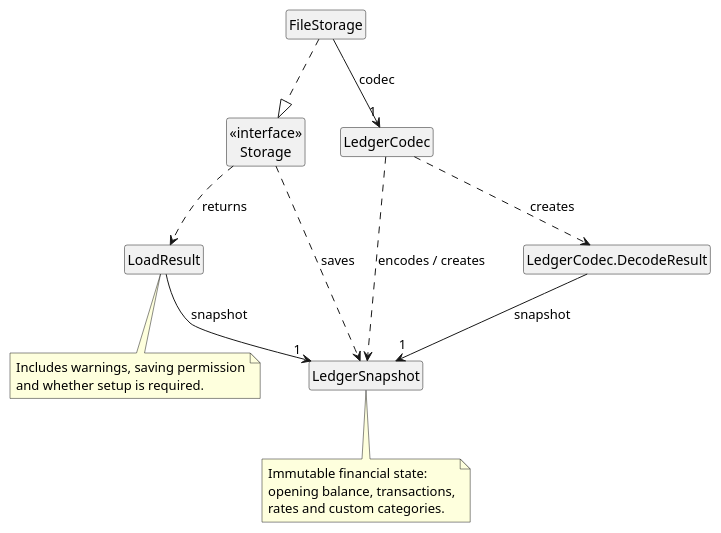
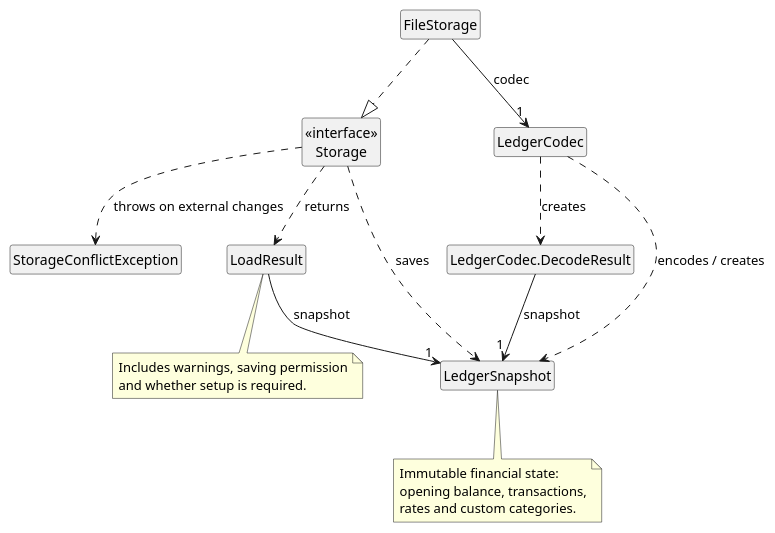
Before and after one commit to AY2627S1-CS2113-W13-2/tp: the diagram in docs/diagrams/StorageClassDiagram.puml, drawn with PlantUML. The commit also changed 10 other files, not shown here.

```diff
--- a/docs/diagrams/StorageClassDiagram.puml
+++ b/docs/diagrams/StorageClassDiagram.puml
@@ -1,33 +1,39 @@
 @startuml StorageClassDiagram
 ' @@author naieel04
 ' Name-only view of the main storage types; members and utility types are omitted.
 ' Associations show stored references. Dashed dependencies show use/creation.
 hide members
 hide circle
 
 class "<<interface>>\nStorage" as Storage
 class FileStorage
 class LedgerCodec
 class LedgerSnapshot
 class LoadResult
 class "LedgerCodec.DecodeResult" as DecodeResult
+' @@author lololol8484
+class StorageConflictException
+' @@author
 
 FileStorage ..|> Storage
 FileStorage --> "1" LedgerCodec: codec
 Storage ..> LoadResult: returns
 Storage ..> LedgerSnapshot: saves
+' @@author lololol8484
+Storage ..> StorageConflictException: throws on external changes
+' @@author
 LedgerCodec ..> DecodeResult: creates
 LedgerCodec ..> LedgerSnapshot: encodes / creates
 LoadResult --> "1" LedgerSnapshot: snapshot
 DecodeResult --> "1" LedgerSnapshot: snapshot
 
 note bottom of LoadResult
     Includes warnings, saving permission
     and whether setup is required.
 end note
 note bottom of LedgerSnapshot
     Immutable financial state:
     opening balance, transactions,
     rates and custom categories.
 end note
 @enduml
```
